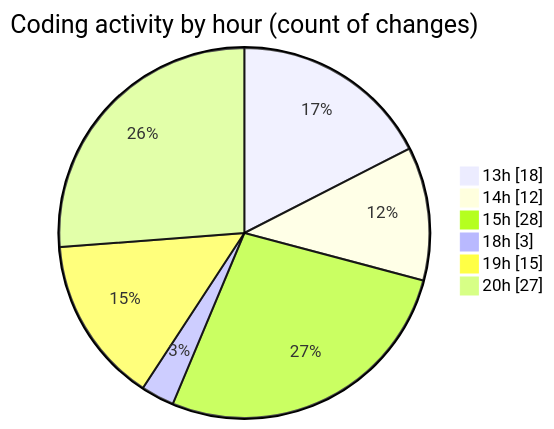
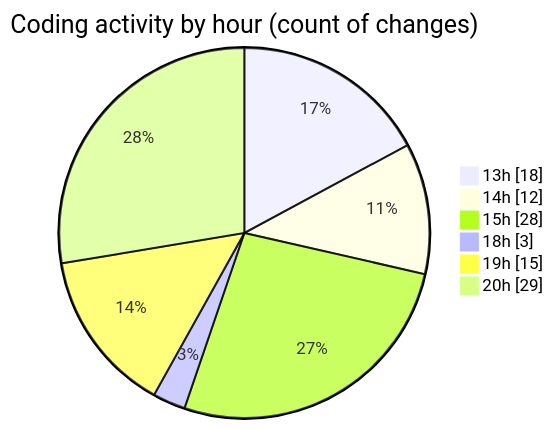
The second of 2 diagrams in 2025-06-16/studio-backend/README.md (idhammustaqopulfikri/code-tracking), drawn with Mermaid before and after one commit. The commit also changed other lines of this file and 1 other file, not shown here.

````diff
--- a/2025-06-16/studio-backend/README.md
+++ b/2025-06-16/studio-backend/README.md
@@ -45,10 +45,10 @@
 ```mermaid
 pie showData
 title Coding activity by hour (count of changes)
 "13h" : 18
 "14h" : 12
 "15h" : 28
 "18h" : 3
 "19h" : 15
-"20h" : 27
+"20h" : 29
 ```
````
